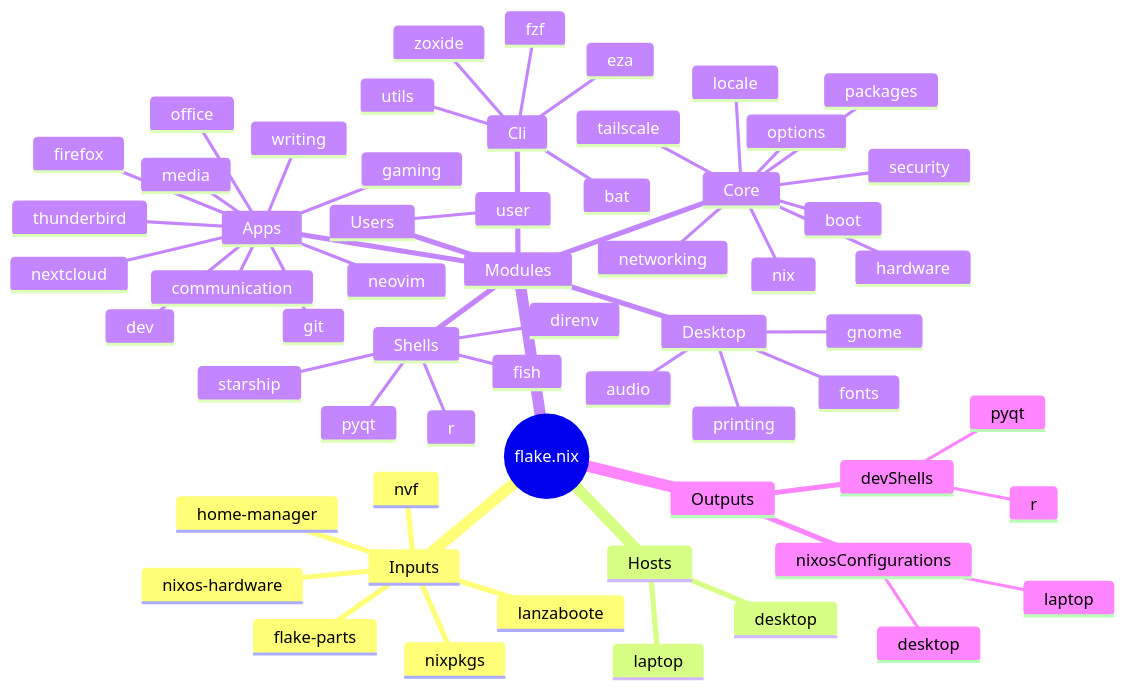
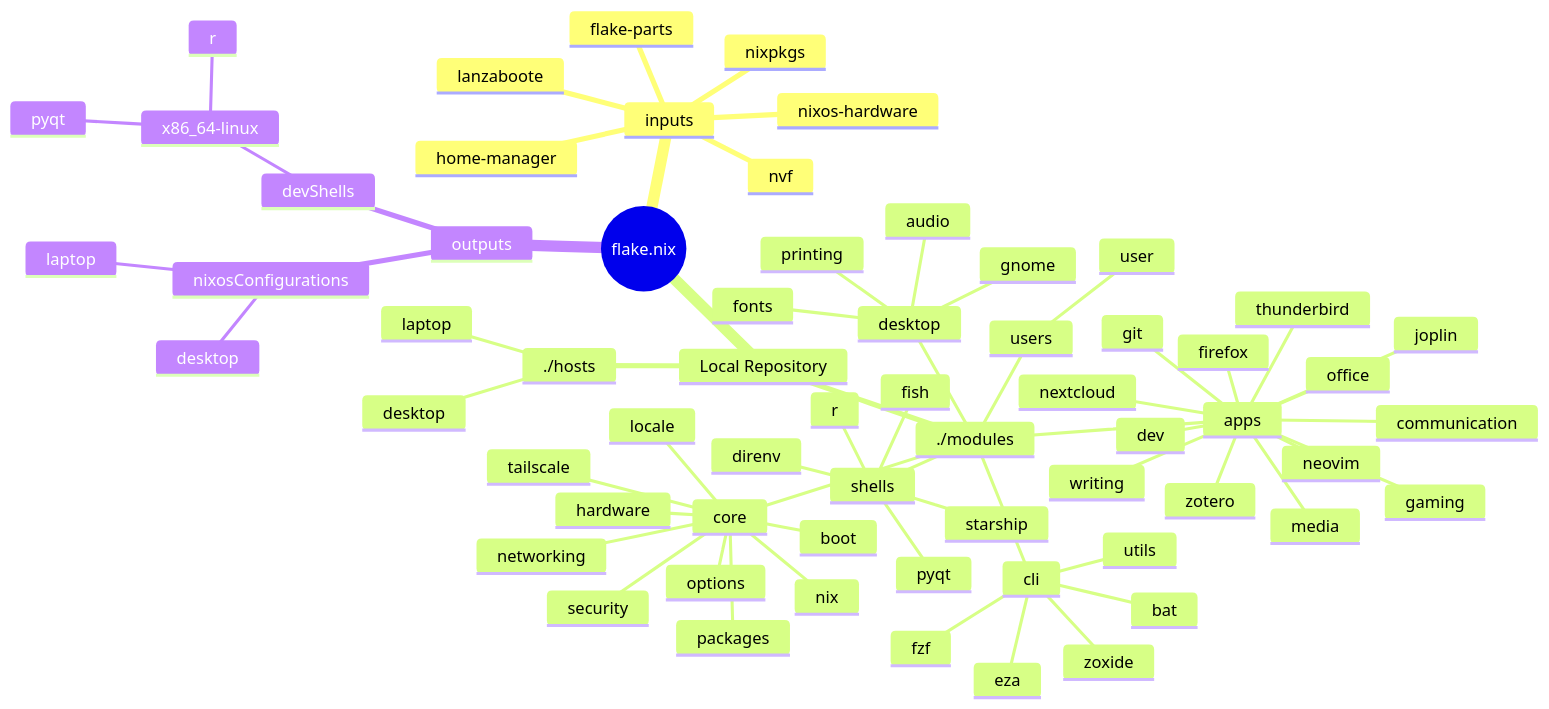
Before and after one commit to samuel-garmany/NixOS: the diagram in README.md, drawn with Mermaid. The commit also changed 6 other files, not shown here.

Commit message:
fix: adjust mindmap schema to accurately reflect Nix flake data model

````diff
--- a/README.md
+++ b/README.md
@@ -8,63 +8,67 @@
 ```mermaid
 mindmap
   root((flake.nix))
-    Inputs
+    inputs
       flake-parts
       home-manager
       lanzaboote
       nixos-hardware
       nixpkgs
       nvf
-    Hosts
-      desktop
-      laptop
-    Modules
-      Apps
-        communication
-        dev
-        firefox
-        gaming
-        git
-        media
-        neovim
-        nextcloud
-        office
-        thunderbird
-        writing
-      Cli
-        bat
-        eza
-        fzf
-        utils
-        zoxide
-      Core
-        boot
-        hardware
-        locale
-        networking
-        nix
-        options
-        packages
-        security
-        tailscale
-      Desktop
-        audio
-        fonts
-        gnome
-        printing
-      Shells
-        direnv
-        fish
-        pyqt
-        r
-        starship
-      Users
-        user
-    Outputs
+    Local Repository
+      ./hosts
+        desktop
+        laptop
+      ./modules
+        apps
+          communication
+          dev
+          firefox
+          gaming
+          git
+          joplin
+          media
+          neovim
+          nextcloud
+          office
+          thunderbird
+          writing
+          zotero
+        cli
+          bat
+          eza
+          fzf
+          utils
+          zoxide
+        core
+          boot
+          hardware
+          locale
+          networking
+          nix
+          options
+          packages
+          security
+          tailscale
+        desktop
+          audio
+          fonts
+          gnome
+          printing
+        shells
+          direnv
+          fish
+          pyqt
+          r
+          starship
+        users
+          user
+    outputs
       devShells
-        pyqt
-        r
+        x86_64-linux
+          pyqt
+          r
       nixosConfigurations
         desktop
         laptop
 ```
````
